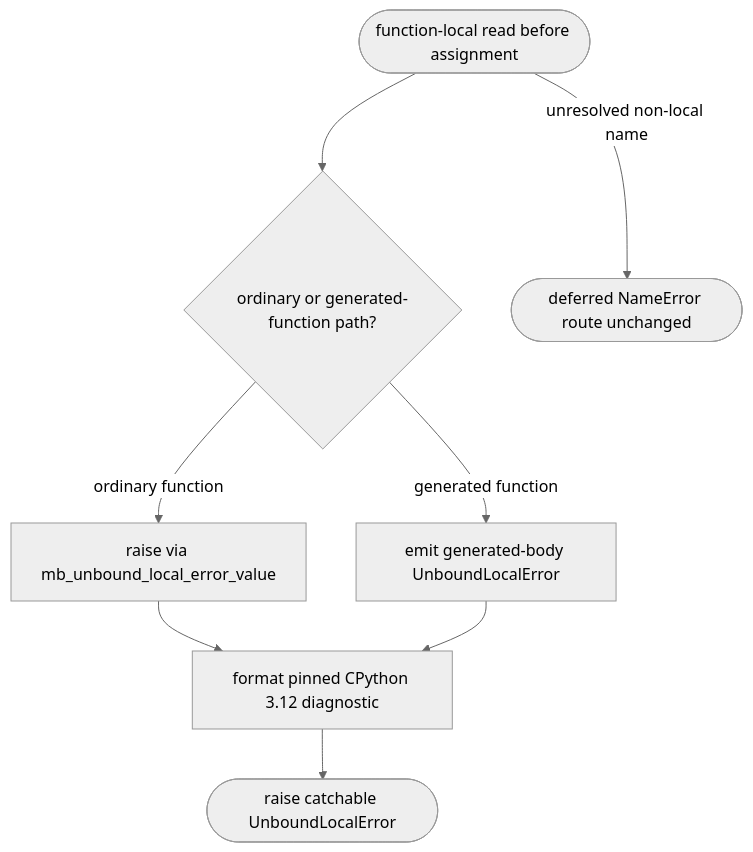
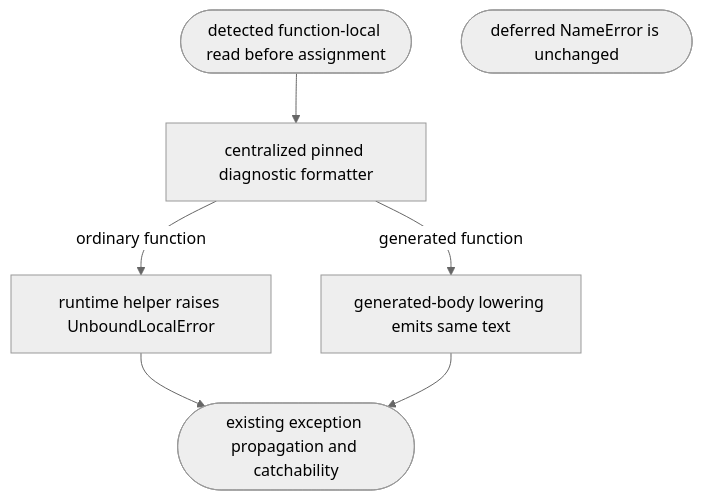
The first of 2 diagrams in .aw/tech-design/projects/mamba/logic/mamba-language-core-match-pinned-unboundlocalerror-diagnostics.md (chrischeng-c4/axiom), drawn with Mermaid (neutral theme) before and after one commit. The commit also changed other lines of this file, not shown here.

Commit message:
td(1476) — contract section: logic
Lifecycle-Slug: 1476
Work-Item: 1476
Lifecycle-Stage: Td-Section
Lifecycle-Phase: td_contract_in_progress
Lifecycle-Pass: contract
TD-Section: logic
Previous-Phase: td_applicability_created
Next-Phase: td_contract_in_progress
Next-Command: aw td create

````diff
--- a/.aw/tech-design/projects/mamba/logic/mamba-language-core-match-pinned-unboundlocalerror-diagnostics.md
+++ b/.aw/tech-design/projects/mamba/logic/mamba-language-core-match-pinned-unboundlocalerror-diagnostics.md
@@ -10,30 +10,26 @@
 ```mermaid
 ---
-id: mamba-unbound-local-diagnostic-applicability
-entry: function-local read before assignment
+id: mamba-unbound-local-diagnostic-contract
+entry: detected unbound local
 nodes:
-  read: { kind: start, label: "function-local read before assignment" }
-  route: { kind: decision, label: "ordinary or generated-function path" }
-  helper: { kind: process, label: "raise via mb_unbound_local_error_value" }
-  generated: { kind: process, label: "emit generated-body UnboundLocalError" }
-  message: { kind: process, label: "format pinned CPython 3.12 diagnostic" }
-  propagate: { kind: terminal, label: "raise catchable UnboundLocalError" }
-  nameerror: { kind: terminal, label: "deferred NameError route unchanged" }
+  detect: { kind: start, label: "detected function-local read before assignment" }
+  format: { kind: process, label: "centralized pinned diagnostic formatter" }
+  normal: { kind: process, label: "runtime helper raises UnboundLocalError" }
+  generated: { kind: process, label: "generated-body lowering emits same text" }
+  propagate: { kind: terminal, label: "existing exception propagation and catchability" }
+  deferred: { kind: terminal, label: "deferred NameError is unchanged" }
 edges:
-  - { from: read, to: route }
-  - { from: route, to: helper, label: "ordinary function" }
-  - { from: route, to: generated, label: "generated function" }
-  - { from: helper, to: message }
-  - { from: generated, to: message }
-  - { from: message, to: propagate }
-  - { from: read, to: nameerror, label: "unresolved non-local name" }
+  - { from: detect, to: format }
+  - { from: format, to: normal, label: "ordinary function" }
+  - { from: format, to: generated, label: "generated function" }
+  - { from: normal, to: propagate }
+  - { from: generated, to: propagate }
 ---
 flowchart TD
-    read([function-local read before assignment]) --> route{ordinary or generated-function path?}
-    route -- ordinary function --> helper[raise via mb_unbound_local_error_value]
-    route -- generated function --> generated[emit generated-body UnboundLocalError]
-    helper --> message[format pinned CPython 3.12 diagnostic]
-    generated --> message
-    message --> propagate([raise catchable UnboundLocalError])
-    read -- unresolved non-local name --> nameerror([deferred NameError route unchanged])
+    detect([detected function-local read before assignment]) --> format[centralized pinned diagnostic formatter]
+    format -- ordinary function --> normal[runtime helper raises UnboundLocalError]
+    format -- generated function --> generated[generated-body lowering emits same text]
+    normal --> propagate([existing exception propagation and catchability])
+    generated --> propagate
+    deferred([deferred NameError is unchanged])
 ```
````
